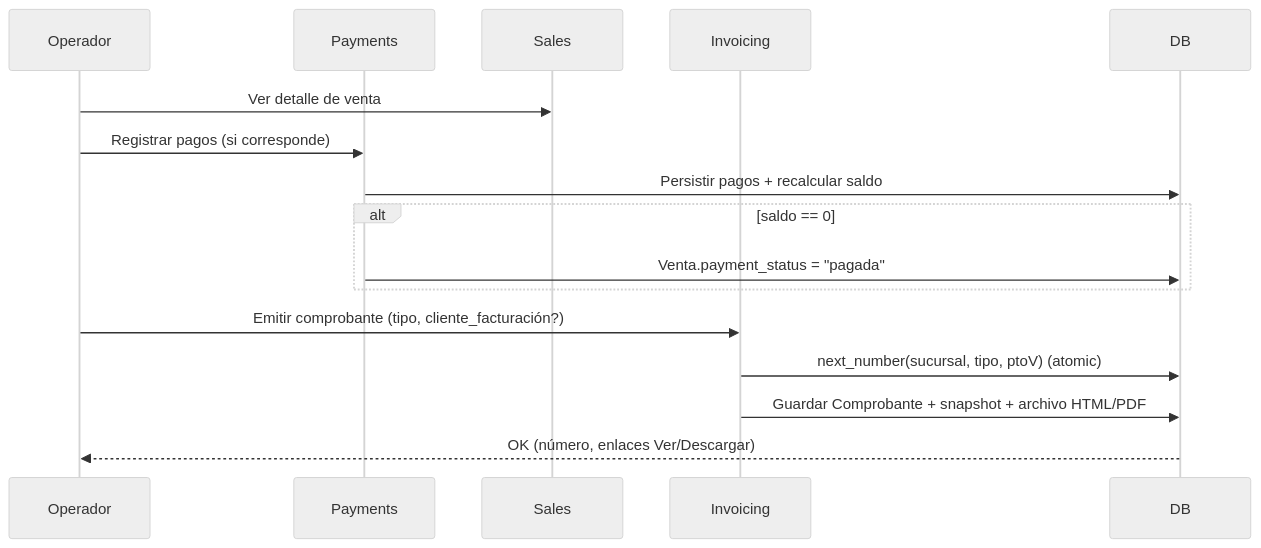
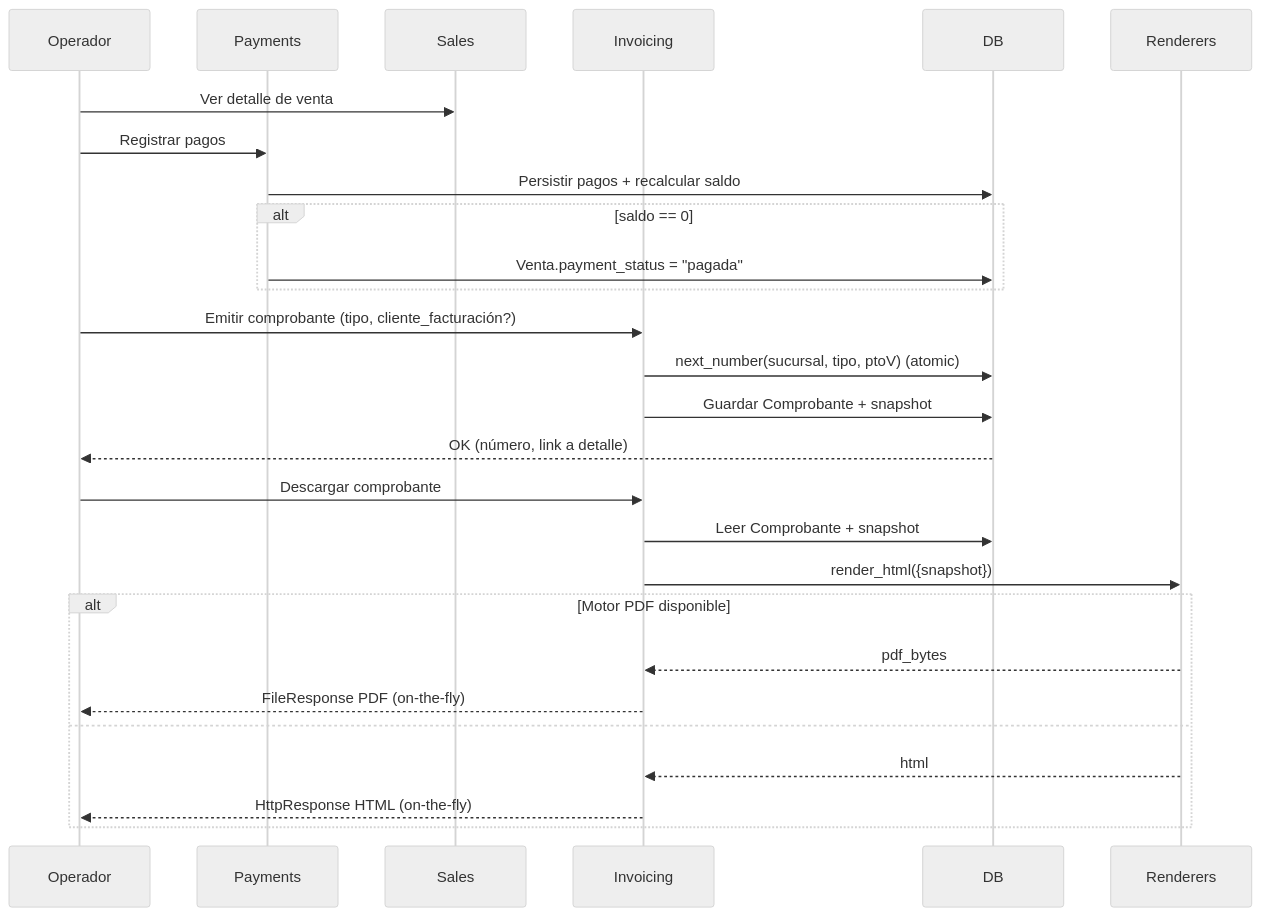
Diagram 33 of 34 in README.md (IgnacioVelazquez92/LavaderApp), drawn with Mermaid (neutral theme) before and after one commit. The commit also changed other lines of this file, not shown here.

````diff
--- a/README.md
+++ b/README.md
@@ -3384,20 +3783,32 @@
 ```mermaid
 sequenceDiagram
   participant U as Operador
   participant PAY as Payments
   participant SALES as Sales
   participant INV as Invoicing
   participant DB as DB
+  participant R as Renderers
 
   U->>SALES: Ver detalle de venta
-  U->>PAY: Registrar pagos (si corresponde)
+  U->>PAY: Registrar pagos
   PAY->>DB: Persistir pagos + recalcular saldo
   alt saldo == 0
     PAY->>DB: Venta.payment_status = "pagada"
   end
 
   U->>INV: Emitir comprobante (tipo, cliente_facturación?)
   INV->>DB: next_number(sucursal, tipo, ptoV) (atomic)
-  INV->>DB: Guardar Comprobante + snapshot + archivo HTML/PDF
-  DB-->>U: OK (número, enlaces Ver/Descargar)
+  INV->>DB: Guardar Comprobante + snapshot
+  DB-->>U: OK (número, link a detalle)
+
+  U->>INV: Descargar comprobante
+  INV->>DB: Leer Comprobante + snapshot
+  INV->>R: render_html({snapshot})
+  alt Motor PDF disponible
+    R-->>INV: pdf_bytes
+    INV-->>U: FileResponse PDF (on-the-fly)
+  else
+    R-->>INV: html
+    INV-->>U: HttpResponse HTML (on-the-fly)
+  end
 ```
````
